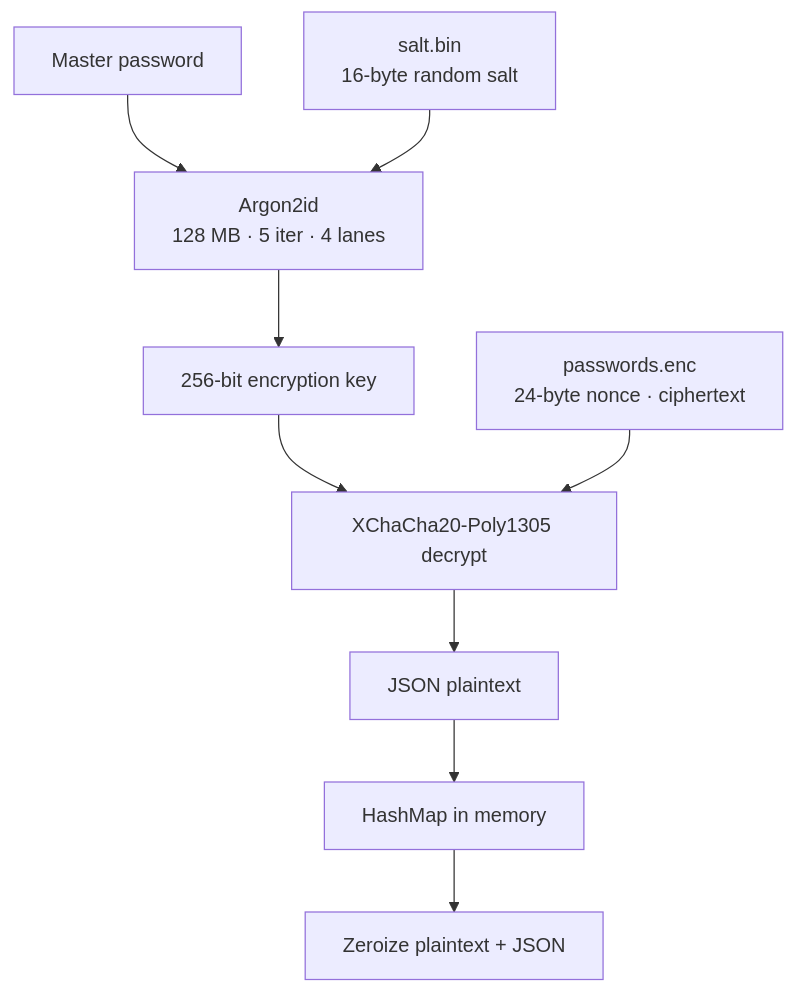
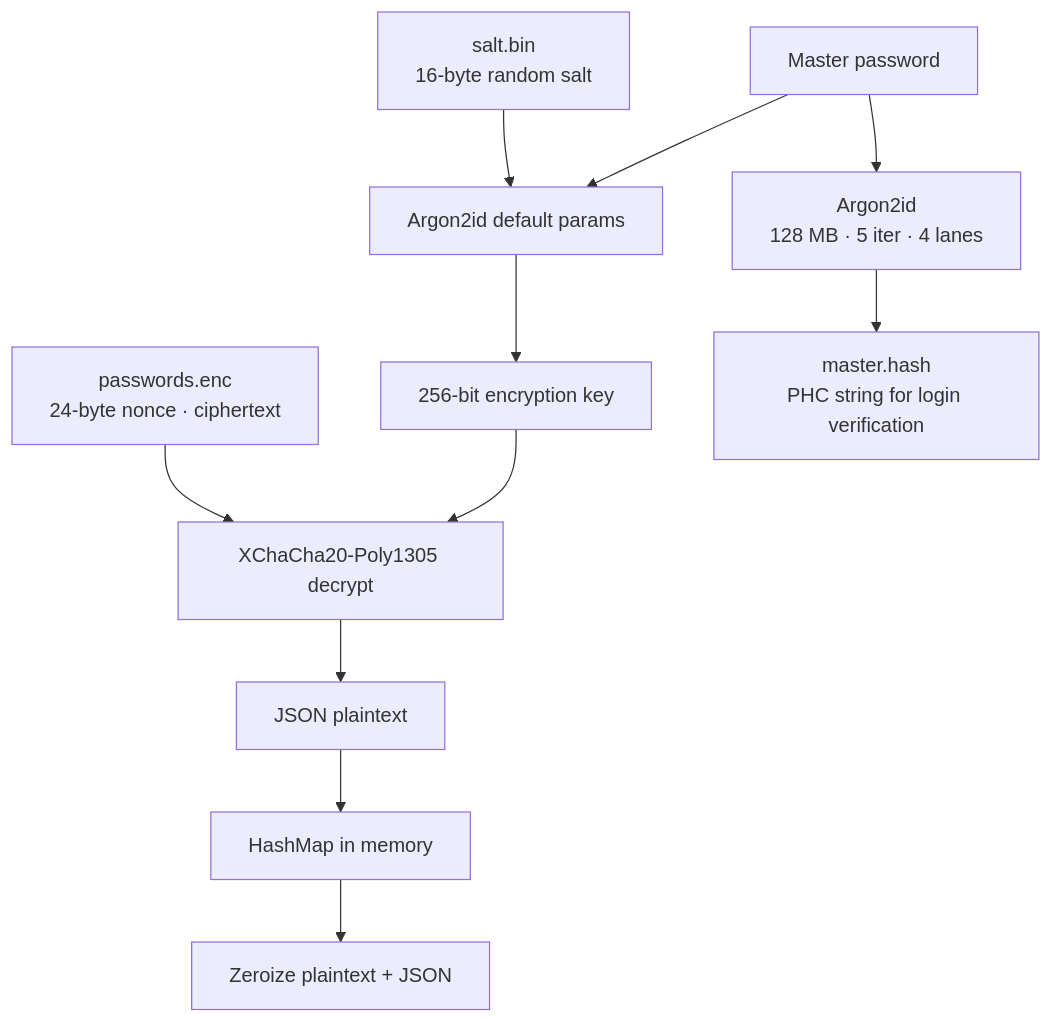
The diagram in security/encryption.mdx (mintlify-atlas/docs-atlas-2886c417), drawn with Mermaid before and after one commit. The commit also changed other lines of this file and 6 other files, not shown here.

````diff
--- a/security/encryption.mdx
+++ b/security/encryption.mdx
@@ -90,11 +105,13 @@
 ```mermaid
 flowchart TD
-    A[Master password] --> B[Argon2id\n128 MB · 5 iter · 4 lanes]
+    A[Master password] --> B[Argon2id default params]
     S[salt.bin\n16-byte random salt] --> B
     B --> C[256-bit encryption key]
     C --> D[XChaCha20-Poly1305 decrypt]
     E[passwords.enc\n24-byte nonce · ciphertext] --> D
     D --> F[JSON plaintext]
     F --> G[HashMap in memory]
     G --> H[Zeroize plaintext + JSON]
+    A --> V[Argon2id\n128 MB · 5 iter · 4 lanes]
+    V --> W[master.hash\nPHC string for login verification]
 ```
````
